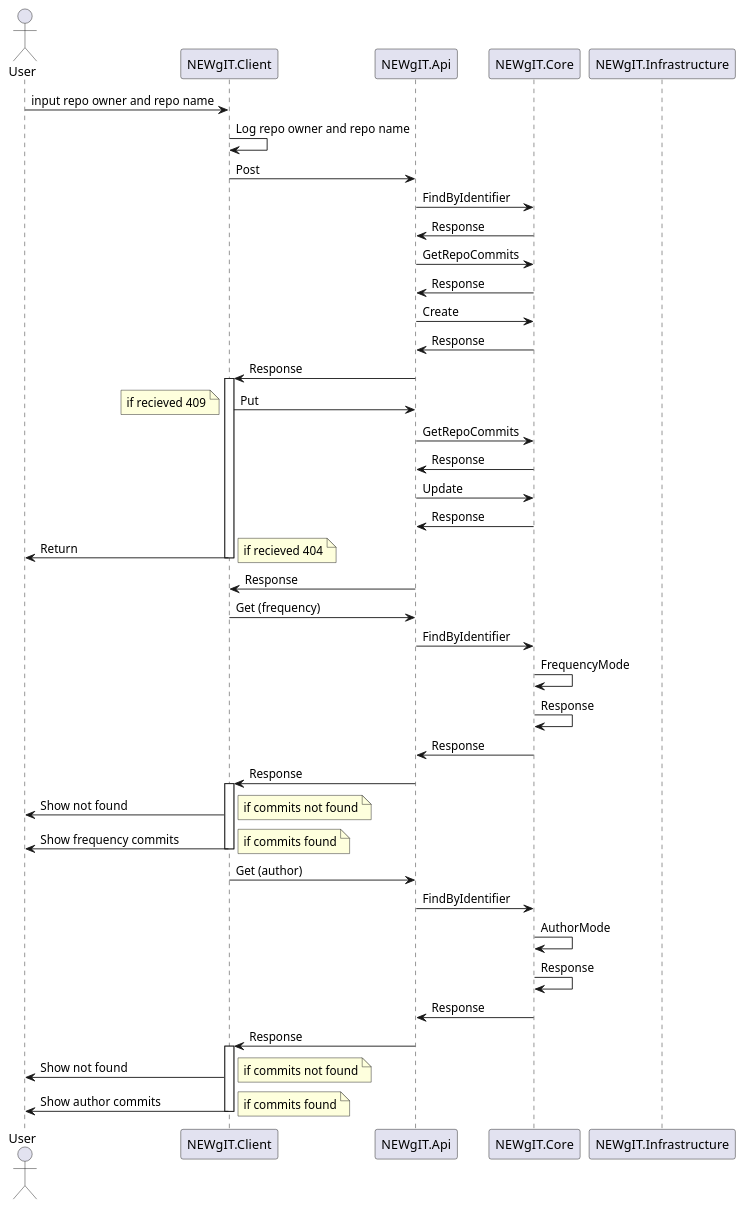
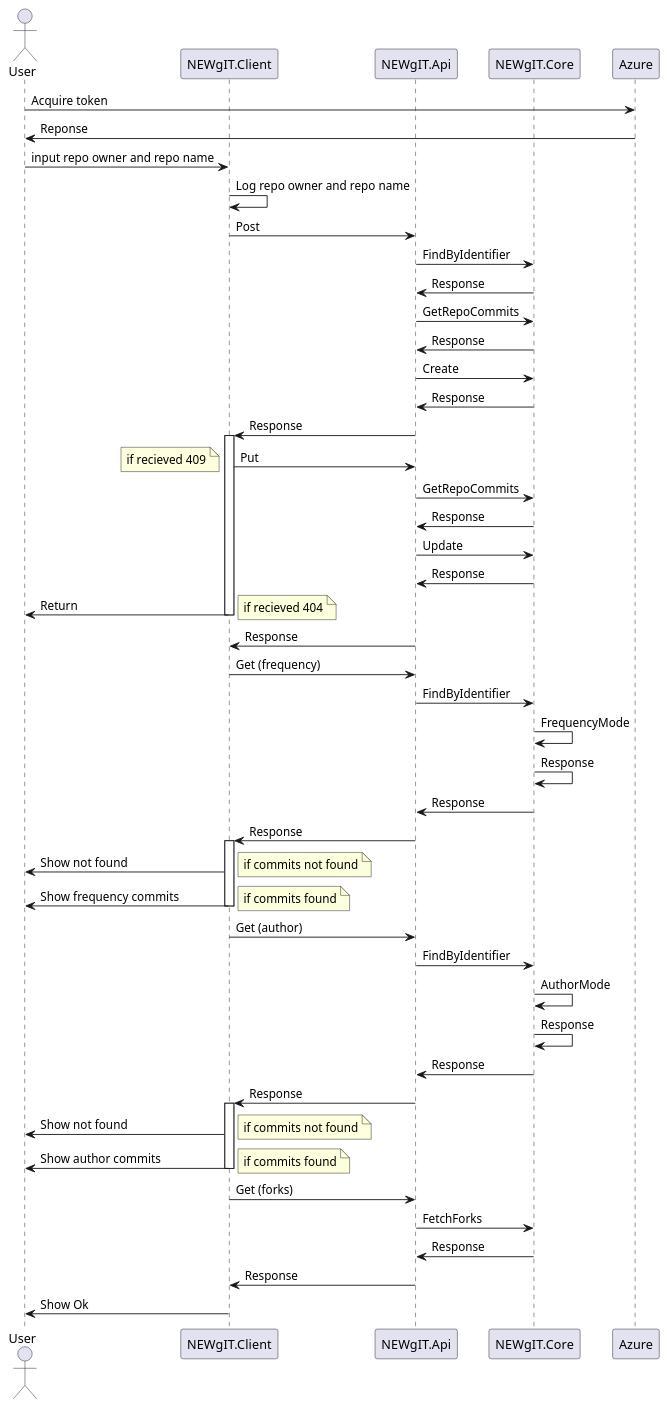
One commit to atro-itu/bdsa-project-newgit changed the third of 3 diagrams in docs/diagrams-code.md. Above: the diagram before and after it, drawn with PlantUML.

Commit message:
add authentication to sequence diagram

````diff
--- a/docs/diagrams-code.md
+++ b/docs/diagrams-code.md
@@ -110,7 +110,14 @@
 participant NEWgIT.Client
 participant NEWgIT.Api
 participant NEWgIT.Core
-participant NEWgIT.Infrastructure
+participant Azure
+
+'Log in
+
+User -> Azure : Acquire token
+User <- Azure : Reponse
+
+'Find repo
 
 User -> NEWgIT.Client : input repo owner and repo name
 NEWgIT.Client -> NEWgIT.Client : Log repo owner and repo name
@@ -122,7 +129,6 @@
 NEWgIT.Api -> NEWgIT.Core : Create
 NEWgIT.Api <- NEWgIT.Core : Response
 NEWgIT.Client <- NEWgIT.Api : Response
-
 activate NEWgIT.Client
 NEWgIT.Client -> NEWgIT.Api : Put
 note left
@@ -138,6 +144,9 @@
 end note
 deactivate NEWgIT.Client
 NEWgIT.Client <- NEWgIT.Api : Response
+
+'Get frequency
+
 NEWgIT.Client -> NEWgIT.Api : Get (frequency)
 NEWgIT.Api -> NEWgIT.Core : FindByIdentifier
 NEWgIT.Core -> NEWgIT.Core : FrequencyMode
@@ -155,7 +164,7 @@
 end note
 deactivate NEWgIT.Client
 
-
+'Get author
 
 NEWgIT.Client -> NEWgIT.Api : Get (author)
 NEWgIT.Api -> NEWgIT.Core : FindByIdentifier
@@ -174,5 +183,13 @@
 end note
 deactivate NEWgIT.Client
 
+'Get forks
+
+NEWgIT.Client -> NEWgIT.Api : Get (forks)
+NEWgIT.Api -> NEWgIT.Core : FetchForks
+NEWgIT.Api <- NEWgIT.Core : Response
+NEWgIT.Client <- NEWgIT.Api : Response
+User <- NEWgIT.Client : Show Ok
+
 @enduml
 ```
````
